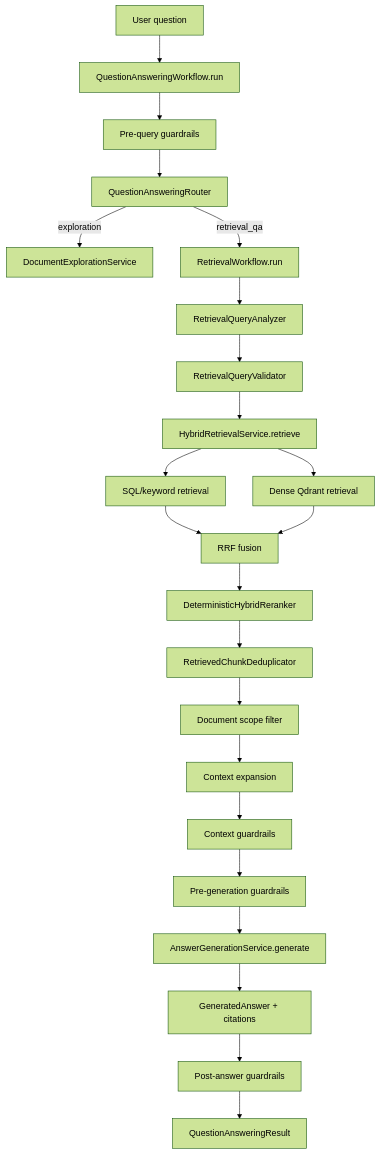
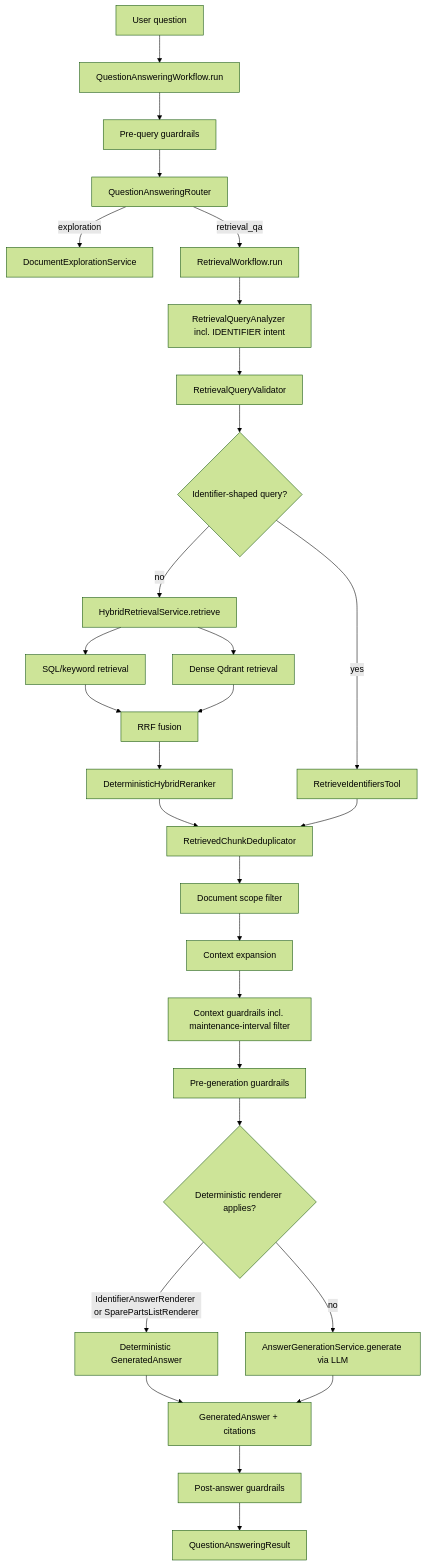
Before and after one commit to Ashu-NT/document-ai-assistant: the second of 4 diagrams in outputs/architecture/current_agent_flow_report.md, drawn with Mermaid (forest theme). The commit also changed other lines of this file, not shown here.

````diff
--- a/outputs/architecture/current_agent_flow_report.md
+++ b/outputs/architecture/current_agent_flow_report.md
@@ -1543,25 +1763,31 @@
 ```mermaid
 flowchart TD
     A[User question] --> B[QuestionAnsweringWorkflow.run]
     B --> C[Pre-query guardrails]
     C --> D[QuestionAnsweringRouter]
     D -->|exploration| E[DocumentExplorationService]
     D -->|retrieval_qa| F[RetrievalWorkflow.run]
-    F --> G[RetrievalQueryAnalyzer]
+    F --> G[RetrievalQueryAnalyzer incl. IDENTIFIER intent]
     G --> H[RetrievalQueryValidator]
-    H --> I[HybridRetrievalService.retrieve]
-    I --> J[SQL/keyword retrieval]
-    I --> K[Dense Qdrant retrieval]
-    J --> L[RRF fusion]
-    K --> L
-    L --> M[DeterministicHybridReranker]
-    M --> N[RetrievedChunkDeduplicator]
-    N --> O[Document scope filter]
-    O --> P[Context expansion]
-    P --> Q[Context guardrails]
-    Q --> R[Pre-generation guardrails]
-    R --> S[AnswerGenerationService.generate]
-    S --> T[GeneratedAnswer + citations]
-    T --> U[Post-answer guardrails]
-    U --> V[QuestionAnsweringResult]
+    H --> I{Identifier-shaped query?}
+    I -->|yes| I1[RetrieveIdentifiersTool]
+    I -->|no| J[HybridRetrievalService.retrieve]
+    J --> K[SQL/keyword retrieval]
+    J --> L[Dense Qdrant retrieval]
+    K --> M[RRF fusion]
+    L --> M
+    M --> N[DeterministicHybridReranker]
+    N --> O[RetrievedChunkDeduplicator]
+    I1 --> O
+    O --> P[Document scope filter]
+    P --> Q[Context expansion]
+    Q --> R[Context guardrails incl. maintenance-interval filter]
+    R --> S[Pre-generation guardrails]
+    S --> T{Deterministic renderer applies?}
+    T -->|IdentifierAnswerRenderer or SparePartsListRenderer| U[Deterministic GeneratedAnswer]
+    T -->|no| V[AnswerGenerationService.generate via LLM]
+    U --> W[GeneratedAnswer + citations]
+    V --> W
+    W --> X[Post-answer guardrails]
+    X --> Y[QuestionAnsweringResult]
 ```
````
